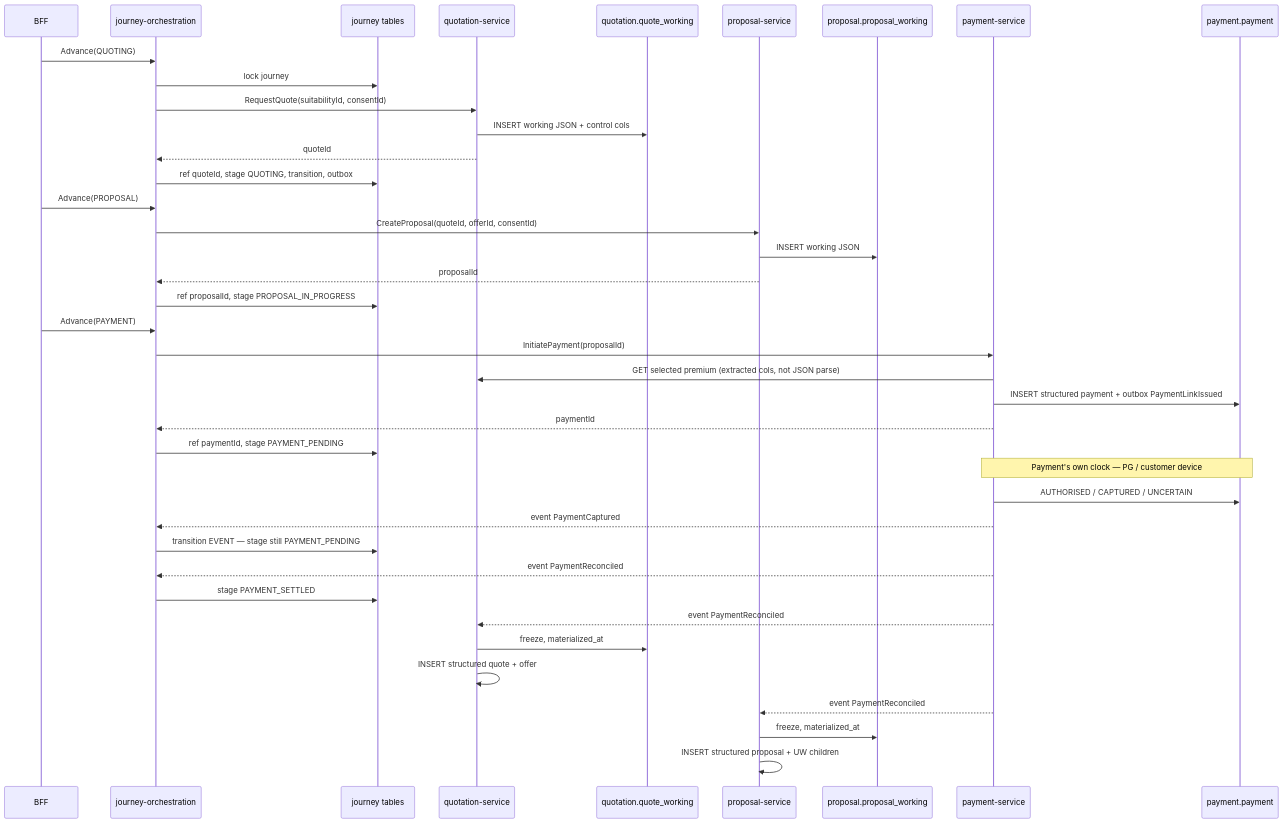
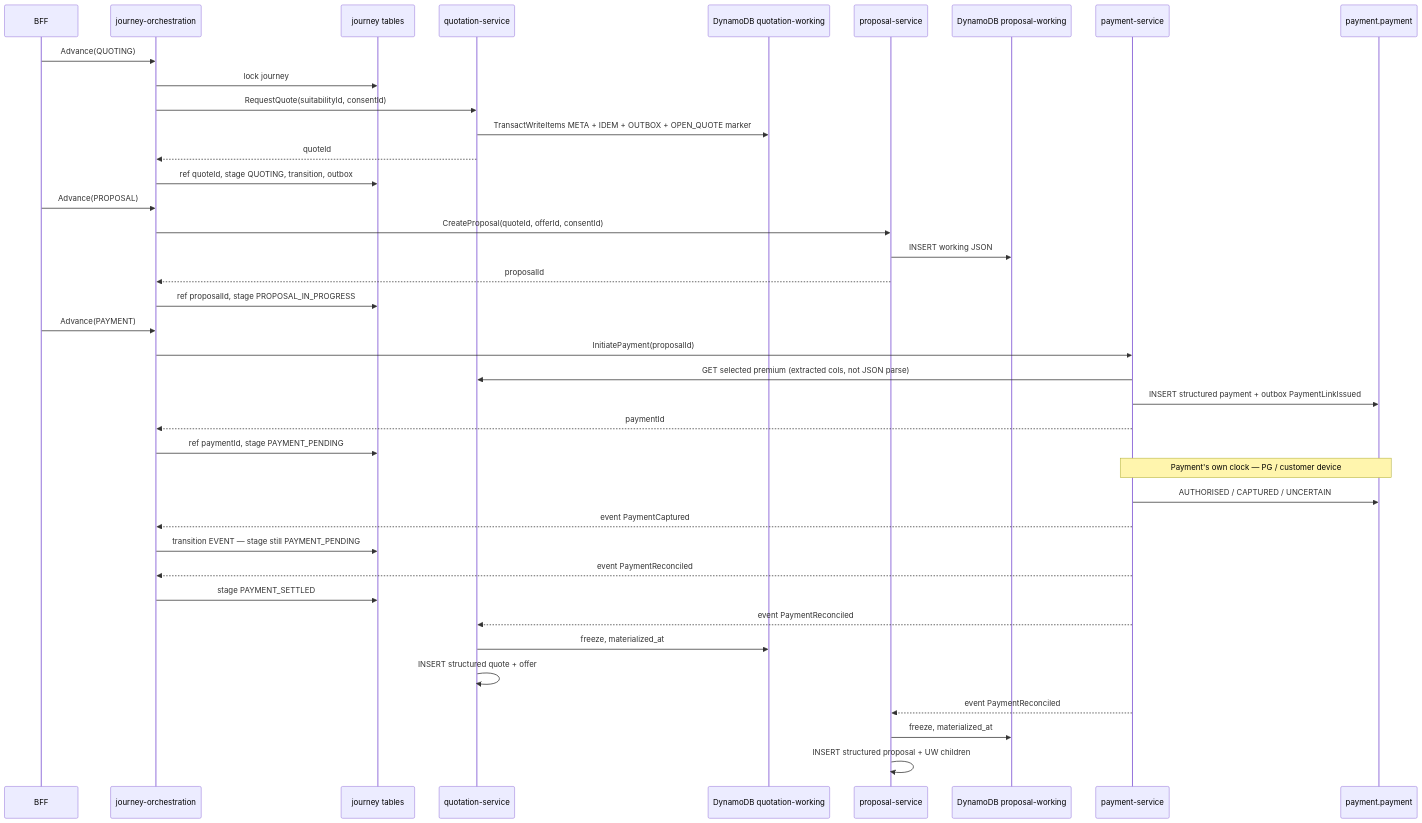
The second of 4 diagrams in docs/platform/data-architecture/06-journey-orchestrator-and-working-payload.md (Mahesh38/bank-insurance-platform), drawn with Mermaid before and after one commit. The commit also changed other lines of this file and 348 other files, not shown here.

````diff
--- a/docs/platform/data-architecture/06-journey-orchestrator-and-working-payload.md
+++ b/docs/platform/data-architecture/06-journey-orchestrator-and-working-payload.md
@@ -161,46 +161,46 @@
 ```mermaid
 sequenceDiagram
     participant BFF
     participant JO as journey-orchestration
     participant JT as journey tables
     participant QS as quotation-service
-    participant QW as quotation.quote_working
+    participant QW as DynamoDB quotation-working
     participant PS as proposal-service
-    participant PW as proposal.proposal_working
+    participant PW as DynamoDB proposal-working
     participant PAY as payment-service
     participant PT as payment.payment
 
     BFF->>JO: Advance(QUOTING)
     JO->>JT: lock journey
     JO->>QS: RequestQuote(suitabilityId, consentId)
-    QS->>QW: INSERT working JSON + control cols
+    QS->>QW: TransactWriteItems META + IDEM + OUTBOX + OPEN_QUOTE marker
     QS-->>JO: quoteId
     JO->>JT: ref quoteId, stage QUOTING, transition, outbox
 
     BFF->>JO: Advance(PROPOSAL)
     JO->>PS: CreateProposal(quoteId, offerId, consentId)
     PS->>PW: INSERT working JSON
     PS-->>JO: proposalId
     JO->>JT: ref proposalId, stage PROPOSAL_IN_PROGRESS
 
     BFF->>JO: Advance(PAYMENT)
     JO->>PAY: InitiatePayment(proposalId)
     PAY->>QS: GET selected premium (extracted cols, not JSON parse)
     PAY->>PT: INSERT structured payment + outbox PaymentLinkIssued
     PAY-->>JO: paymentId
     JO->>JT: ref paymentId, stage PAYMENT_PENDING
 
     Note over PAY,PT: Payment's own clock — PG / customer device
     PAY->>PT: AUTHORISED / CAPTURED / UNCERTAIN
     PAY-->>JO: event PaymentCaptured
     JO->>JT: transition EVENT — stage still PAYMENT_PENDING
 
     PAY-->>JO: event PaymentReconciled
     JO->>JT: stage PAYMENT_SETTLED
     PAY-->>QS: event PaymentReconciled
     QS->>QW: freeze, materialized_at
     QS->>QS: INSERT structured quote + offer
     PAY-->>PS: event PaymentReconciled
     PS->>PW: freeze, materialized_at
     PS->>PS: INSERT structured proposal + UW children
 ```
````
